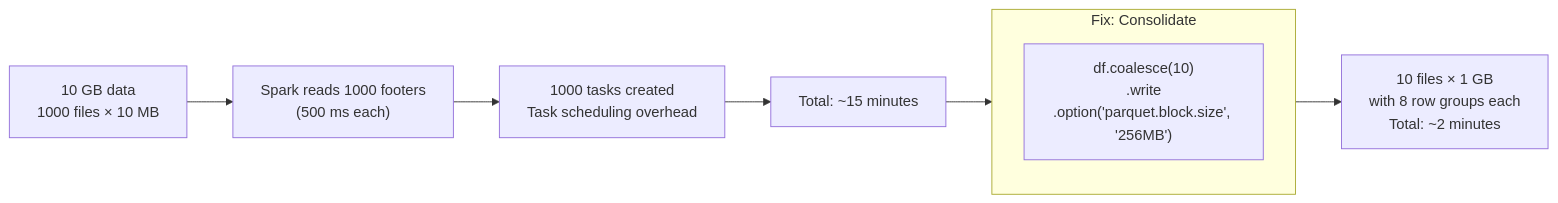
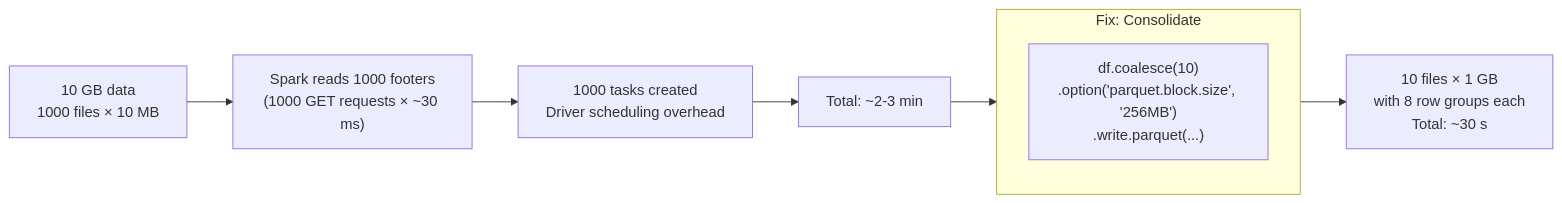
Before and after one commit to cookiee01/data-engineering-learning-resources: the tenth of 12 diagrams in foundations/file-formats.md, drawn with Mermaid. The commit also changed other lines of this file, not shown here.

````diff
--- a/foundations/file-formats.md
+++ b/foundations/file-formats.md
@@ -438,12 +438,13 @@
 ```mermaid
 flowchart LR
-    IN["10 GB data<br/>1000 files × 10 MB"] --> READ["Spark reads 1000 footers<br/>(500 ms each)"]
-    READ --> TASK["1000 tasks created<br/>Task scheduling overhead"]
-    TASK --> SLOW["Total: ~15 minutes"]
+    IN["10 GB data<br/>1000 files × 10 MB"] --> READ["Spark reads 1000 footers<br/>(1000 GET requests × ~30 ms)"]
+    READ --> TASK["1000 tasks created<br/>Driver scheduling overhead"]
+    TASK --> SLOW["Total: ~2-3 min"]
+
     SLOW --> FIX
 
     subgraph FIX["Fix: Consolidate"]
-        C["df.coalesce(10)<br/>.write<br/>.option('parquet.block.size', '256MB')"]
+        C["df.coalesce(10)<br/>.option('parquet.block.size', '256MB')<br/>.write.parquet(...)"]
     end
-    FIX --> OUT["10 files × 1 GB<br/>with 8 row groups each<br/>Total: ~2 minutes"]
+    FIX --> OUT["10 files × 1 GB<br/>with 8 row groups each<br/>Total: ~30 s"]
 ```
````
